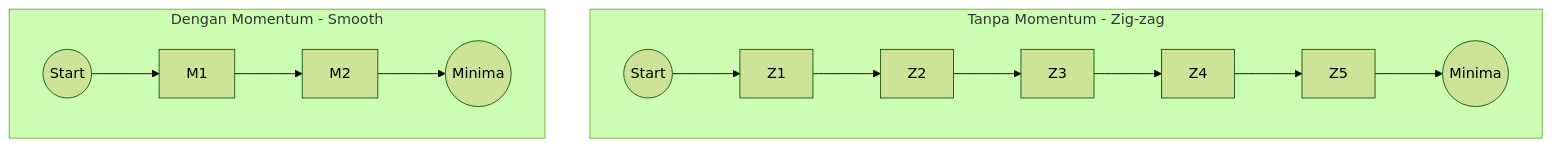
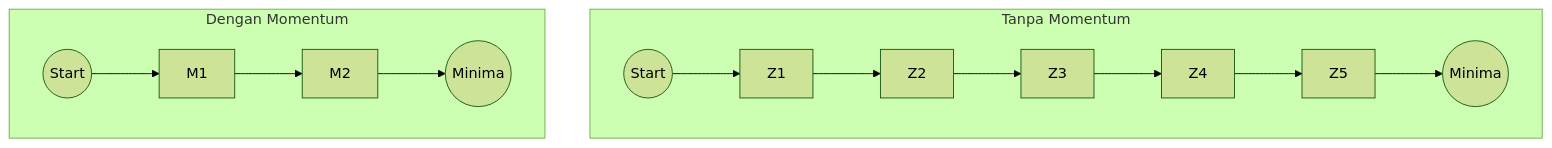
Before and after one commit to antonprafanto/dasarAI2026: the seventh of 8 diagrams in bab-08-neural-network.md, drawn with Mermaid (forest theme). The commit also changed other lines of this file, not shown here.

````diff
--- a/bab-08-neural-network.md
+++ b/bab-08-neural-network.md
@@ -437,10 +437,10 @@
 ```mermaid
 graph TD
-    subgraph SGD ["Tanpa Momentum - Zig-zag"]
+    subgraph SGD ["Tanpa Momentum"]
         S1((Start)) --> Z1 --> Z2 --> Z3 --> Z4 --> Z5 --> G1((Minima))
     end
 
-    subgraph SGD_M ["Dengan Momentum - Smooth"]
+    subgraph SGD_M ["Dengan Momentum"]
         S2((Start)) --> M1 --> M2 --> G2((Minima))
     end
 ```
````
